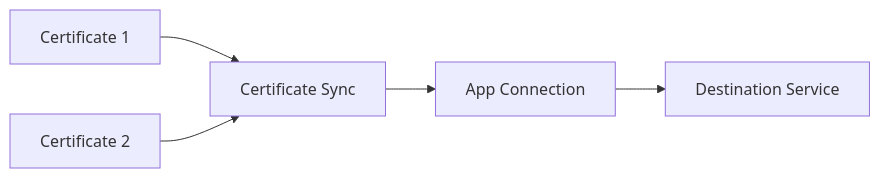
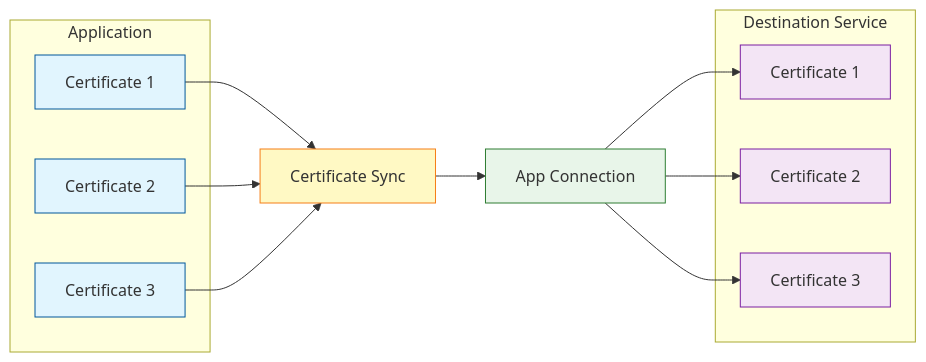
One commit to Infisical/infisical changed the diagram in docs/documentation/platform/pki/applications/certificate-syncs/overview.mdx. Above: the diagram before and after it, drawn with Mermaid. The commit also changed other lines of this file and 67 other files, not shown here.

````diff
--- a/docs/documentation/platform/pki/applications/certificate-syncs/overview.mdx
+++ b/docs/documentation/platform/pki/applications/certificate-syncs/overview.mdx
@@ -15,7 +15,34 @@
 ```mermaid
-graph LR
-    C1[Certificate 1] --> S[Certificate Sync]
-    C2[Certificate 2] --> S
-    S --> A[App Connection]
-    A --> D[Destination Service]
+flowchart LR
+    subgraph Application
+        C1[Certificate 1]
+        C2[Certificate 2]
+        C3[Certificate 3]
+    end
+    
+    S[Certificate Sync]
+    AC[App Connection]
+    
+    subgraph Destination["Destination Service"]
+        D1[Certificate 1]
+        D2[Certificate 2]
+        D3[Certificate 3]
+    end
+    
+    C1 --> S
+    C2 --> S
+    C3 --> S
+    S --> AC
+    AC --> D1
+    AC --> D2
+    AC --> D3
+    
+    style C1 fill:#e1f5fe,stroke:#01579b
+    style C2 fill:#e1f5fe,stroke:#01579b
+    style C3 fill:#e1f5fe,stroke:#01579b
+    style S fill:#fff9c4,stroke:#f57f17
+    style AC fill:#e8f5e9,stroke:#2e7d32
+    style D1 fill:#f3e5f5,stroke:#7b1fa2
+    style D2 fill:#f3e5f5,stroke:#7b1fa2
+    style D3 fill:#f3e5f5,stroke:#7b1fa2
 ```
````
